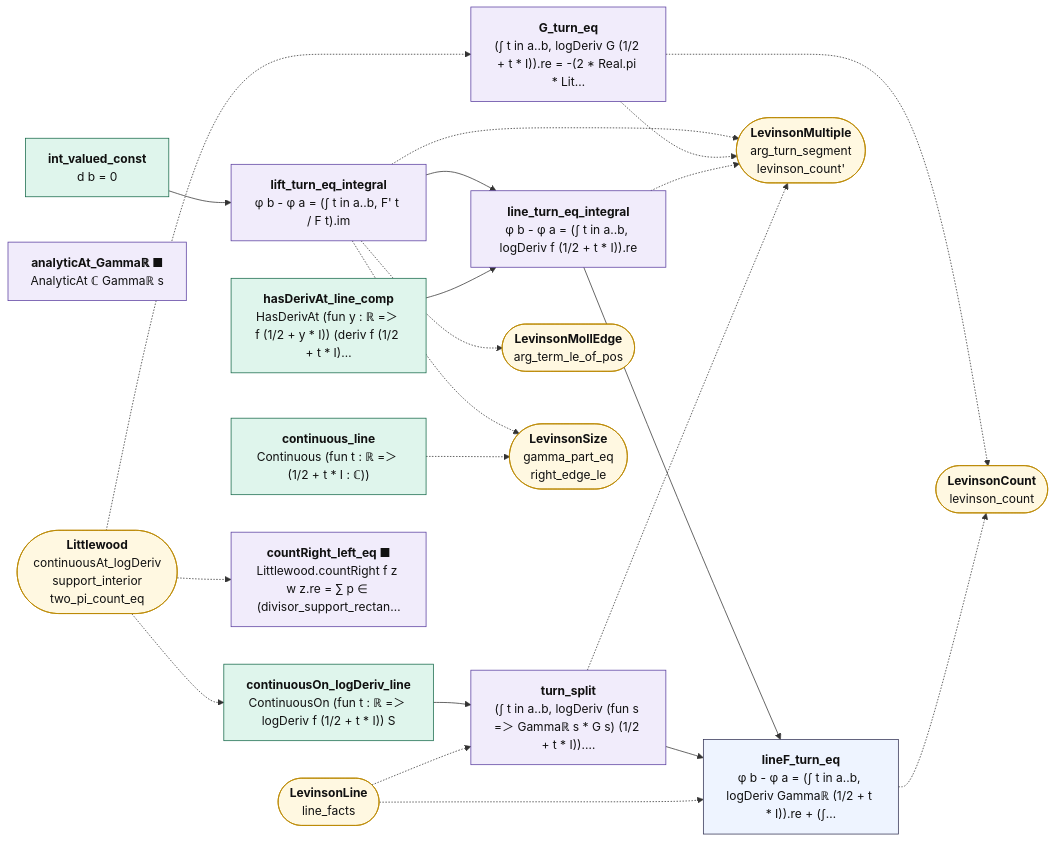
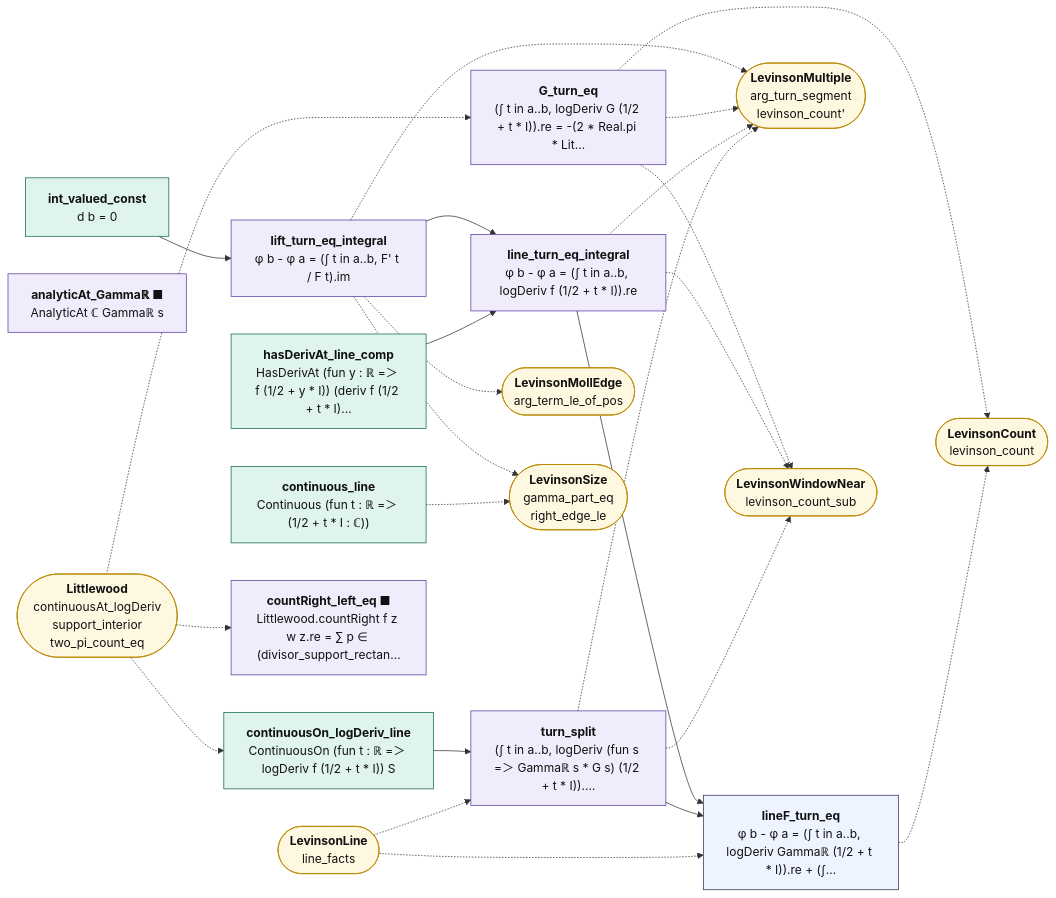
One commit to juliansambranojr/Primebeat_081426 changed the diagram in map/lean_stage3/LevinsonTurn.md. Above: the diagram before and after it, drawn with Mermaid. The commit also changed other lines of this file and 40 other files, not shown here.

````diff
--- a/map/lean_stage3/LevinsonTurn.md
+++ b/map/lean_stage3/LevinsonTurn.md
@@ -14,48 +14,52 @@
 ```mermaid
 flowchart LR
   n0["<b>int_valued_const</b><br/>d b = 0"]:::cnt
   n1["<b>lift_turn_eq_integral</b><br/>φ b - φ a = (∫ t in a..b, F' t / F t).im"]:::shp
   n2["<b>hasDerivAt_line_comp</b><br/>HasDerivAt (fun y : ℝ =＞ f (1/2 + y * I)) (deriv f (1/2 + t * I)…"]:::cnt
   n3["<b>continuous_line</b><br/>Continuous (fun t : ℝ =＞ (1/2 + t * I : ℂ))"]:::cnt
   n4["<b>line_turn_eq_integral</b><br/>φ b - φ a = (∫ t in a..b, logDeriv f (1/2 + t * I)).re"]:::shp
   n5["<b>continuousOn_logDeriv_line</b><br/>ContinuousOn (fun t : ℝ =＞ logDeriv f (1/2 + t * I)) S"]:::cnt
   n6["<b>analyticAt_Gammaℝ ■</b><br/>AnalyticAt ℂ Gammaℝ s"]:::shp
   n7["<b>turn_split</b><br/>(∫ t in a..b, logDeriv (fun s =＞ Gammaℝ s * G s) (1/2 + t * I)).…"]:::shp
   n8["<b>lineF_turn_eq</b><br/>φ b - φ a = (∫ t in a..b, logDeriv Gammaℝ (1/2 + t * I)).re + (∫…"]:::thm
   n9["<b>countRight_left_eq ■</b><br/>Littlewood.countRight f z w z.re = ∑ p ∈ (divisor_support_rectan…"]:::shp
   n10["<b>G_turn_eq</b><br/>(∫ t in a..b, logDeriv G (1/2 + t * I)).re = -(2 * Real.pi * Lit…"]:::shp
   x0(["<b>LevinsonMollEdge</b><br/>arg_term_le_of_pos"]):::ext
   x1(["<b>LevinsonMultiple</b><br/>arg_turn_segment<br/>levinson_count'"]):::ext
   x2(["<b>LevinsonSize</b><br/>gamma_part_eq<br/>right_edge_le"]):::ext
-  x3(["<b>Littlewood</b><br/>continuousAt_logDeriv<br/>support_interior<br/>two_pi_count_eq"]):::ext
-  x4(["<b>LevinsonLine</b><br/>line_facts"]):::ext
-  x5(["<b>LevinsonCount</b><br/>levinson_count"]):::ext
+  x3(["<b>LevinsonWindowNear</b><br/>levinson_count_sub"]):::ext
+  x4(["<b>Littlewood</b><br/>continuousAt_logDeriv<br/>support_interior<br/>two_pi_count_eq"]):::ext
+  x5(["<b>LevinsonLine</b><br/>line_facts"]):::ext
+  x6(["<b>LevinsonCount</b><br/>levinson_count"]):::ext
   n0 --> n1
   n1 --> n4
   n2 --> n4
   n4 --> n8
   n5 --> n7
   n7 --> n8
   n1 -.-> x0
   n1 -.-> x1
   n1 -.-> x2
   n10 -.-> x1
-  n10 -.-> x5
+  n10 -.-> x3
+  n10 -.-> x6
   n3 -.-> x2
   n4 -.-> x1
+  n4 -.-> x3
   n7 -.-> x1
-  n8 -.-> x5
-  x3 -.-> n10
-  x3 -.-> n5
-  x3 -.-> n9
-  x4 -.-> n7
-  x4 -.-> n8
+  n7 -.-> x3
+  n8 -.-> x6
+  x4 -.-> n10
+  x4 -.-> n5
+  x4 -.-> n9
+  x5 -.-> n7
+  x5 -.-> n8
   classDef cnt fill:#dff5ec,stroke:#17694a,color:#111
   classDef shp fill:#f1ecfb,stroke:#5b3fa0,color:#111
   classDef rh fill:#ffe5e5,stroke:#c22,color:#111,stroke-width:2px
   classDef thm fill:#eef4ff,stroke:#335,color:#111
   classDef end_ fill:#e7f7e7,stroke:#2a7,color:#111,stroke-width:2px
   classDef lone fill:#fff,stroke:#999,color:#111,stroke-dasharray:4 3
   classDef bad fill:#ffe5e5,stroke:#c22,color:#111,stroke-width:2px
   classDef ext fill:#fff8e1,stroke:#b80,color:#111
 ```
````
